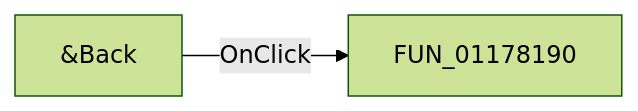
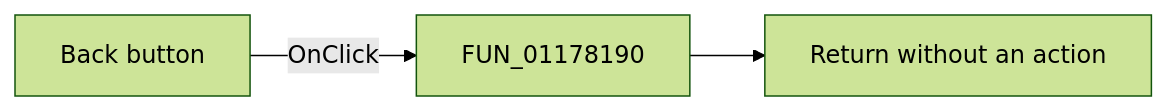
The diagram in docs/ui-controls/response-form1/backbutton1-d11cf4ede6.md (MovGP0/TIARA), drawn with Mermaid (forest theme) before and after one commit. The commit also changed other lines of this file and 1062 other files, not shown here.

````diff
--- a/docs/ui-controls/response-form1/backbutton1-d11cf4ede6.md
+++ b/docs/ui-controls/response-form1/backbutton1-d11cf4ede6.md
@@ -27,4 +25,5 @@
 ```mermaid
 flowchart LR
-    control["&Back"] -->|OnClick| handler["FUN_01178190"]
+    control["Back button"] -->|OnClick| handler["FUN_01178190"]
+    handler --> noop["Return without an action"]
 ```
````
